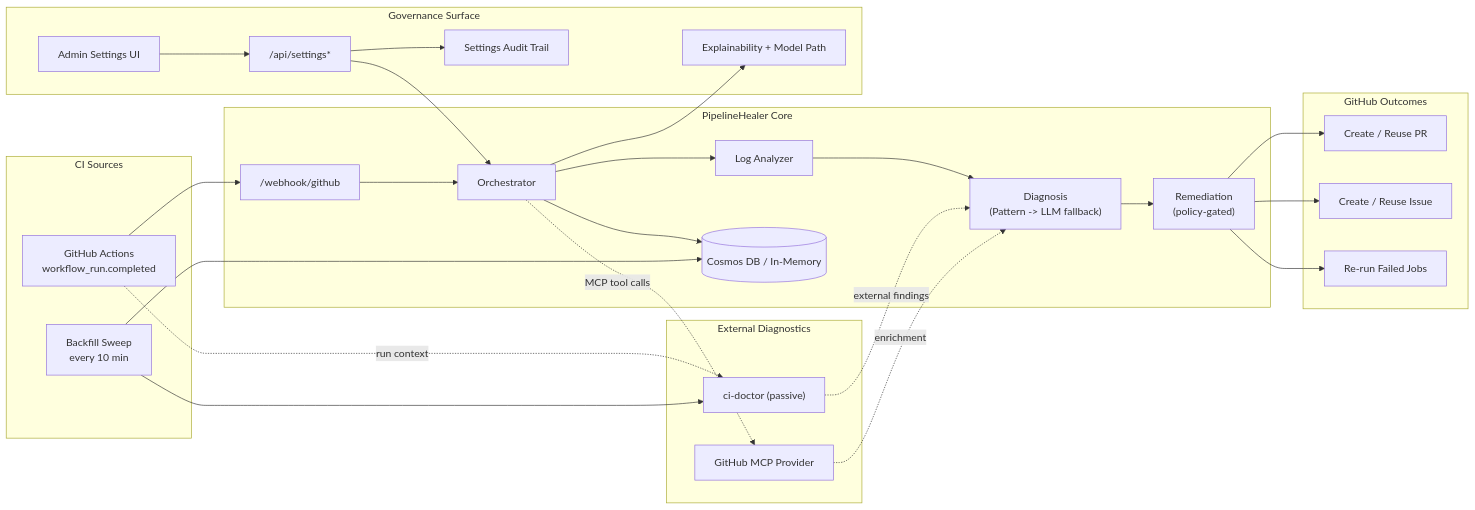
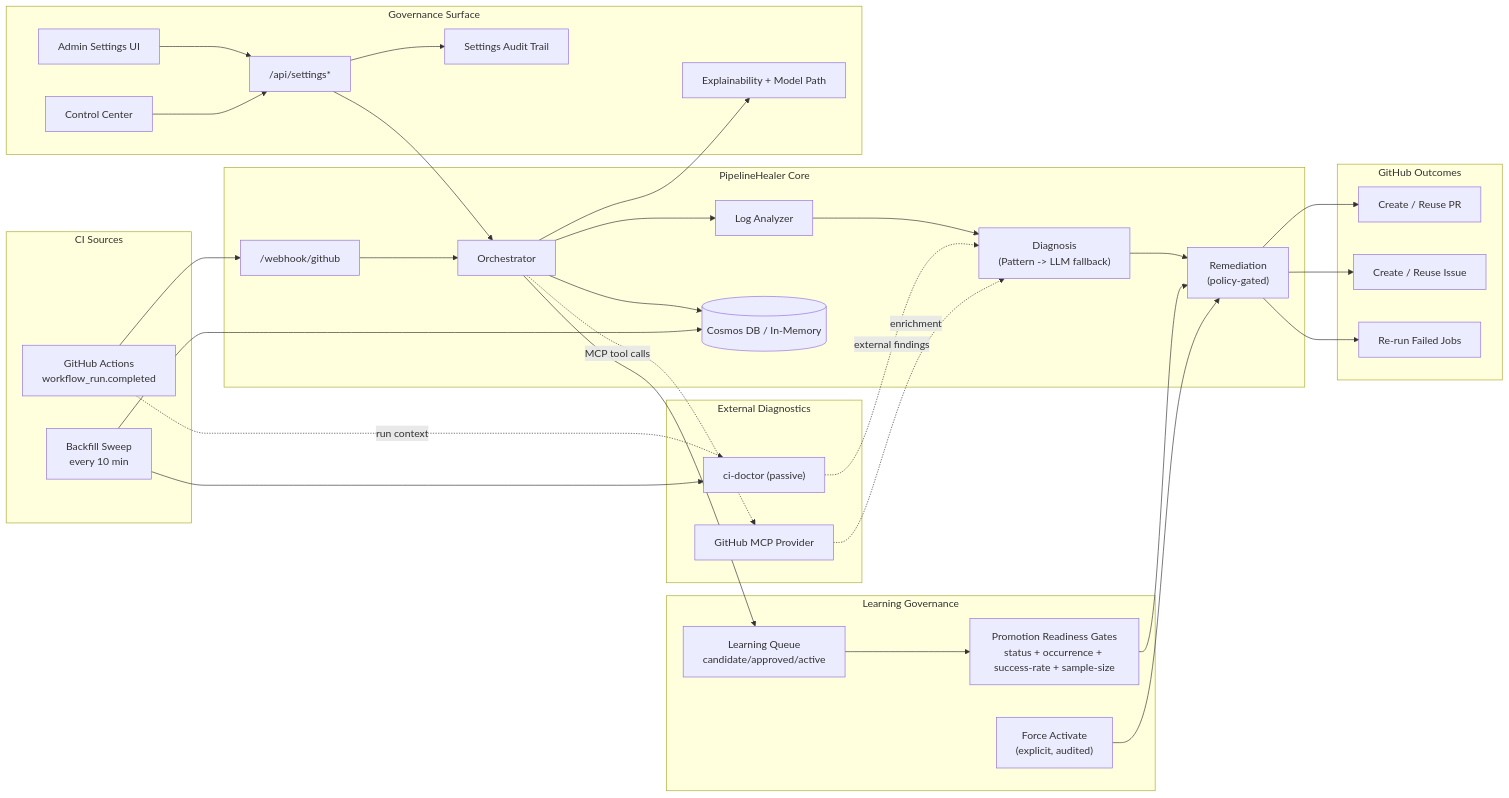
Before and after one commit to Canepro/pipelinehealer: the diagram in README.md, drawn with Mermaid. The commit also changed other lines of this file and 9 other files, not shown here.

````diff
--- a/README.md
+++ b/README.md
@@ -130,52 +132,64 @@
 ```mermaid
 flowchart LR
   subgraph CI["CI Sources"]
     GH["GitHub Actions<br/>workflow_run.completed"]
     BF["Backfill Sweep<br/>every 10 min"]
   end
 
   subgraph PH["PipelineHealer Core"]
     WH["/webhook/github"]
     OR["Orchestrator"]
     LA["Log Analyzer"]
     DG["Diagnosis<br/>(Pattern -> LLM fallback)"]
     RM["Remediation<br/>(policy-gated)"]
     ST[("Cosmos DB / In-Memory")]
   end
 
   subgraph EXT["External Diagnostics"]
     AW["ci-doctor (passive)"]
     MCP["GitHub MCP Provider"]
   end
 
+  subgraph LEARN["Learning Governance"]
+    LQ["Learning Queue<br/>candidate/approved/active"]
+    LG["Promotion Readiness Gates<br/>status + occurrence + success-rate + sample-size"]
+    FP["Force Activate<br/>(explicit, audited)"]
+  end
+
   subgraph GOV["Governance Surface"]
     UI["Admin Settings UI"]
+    CC["Control Center"]
     API["/api/settings*"]
     AUD["Settings Audit Trail"]
     EXP["Explainability + Model Path"]
   end
 
   subgraph OUT["GitHub Outcomes"]
     PR["Create / Reuse PR"]
     IS["Create / Reuse Issue"]
     RR["Re-run Failed Jobs"]
   end
 
   GH --> WH --> OR
   OR --> LA --> DG --> RM
   RM --> PR
   RM --> IS
   RM --> RR
 
   GH -. run context .-> AW
   AW -. external findings .-> DG
   BF --> AW
   OR -. MCP tool calls .-> MCP
   MCP -. enrichment .-> DG
 
   UI --> API --> OR
+  CC --> API
+  OR --> LQ
+  LQ --> LG
+  LG --> RM
+  FP --> RM
   API --> AUD
   OR --> EXP
   OR --> ST
   BF --> ST
 ```
````
